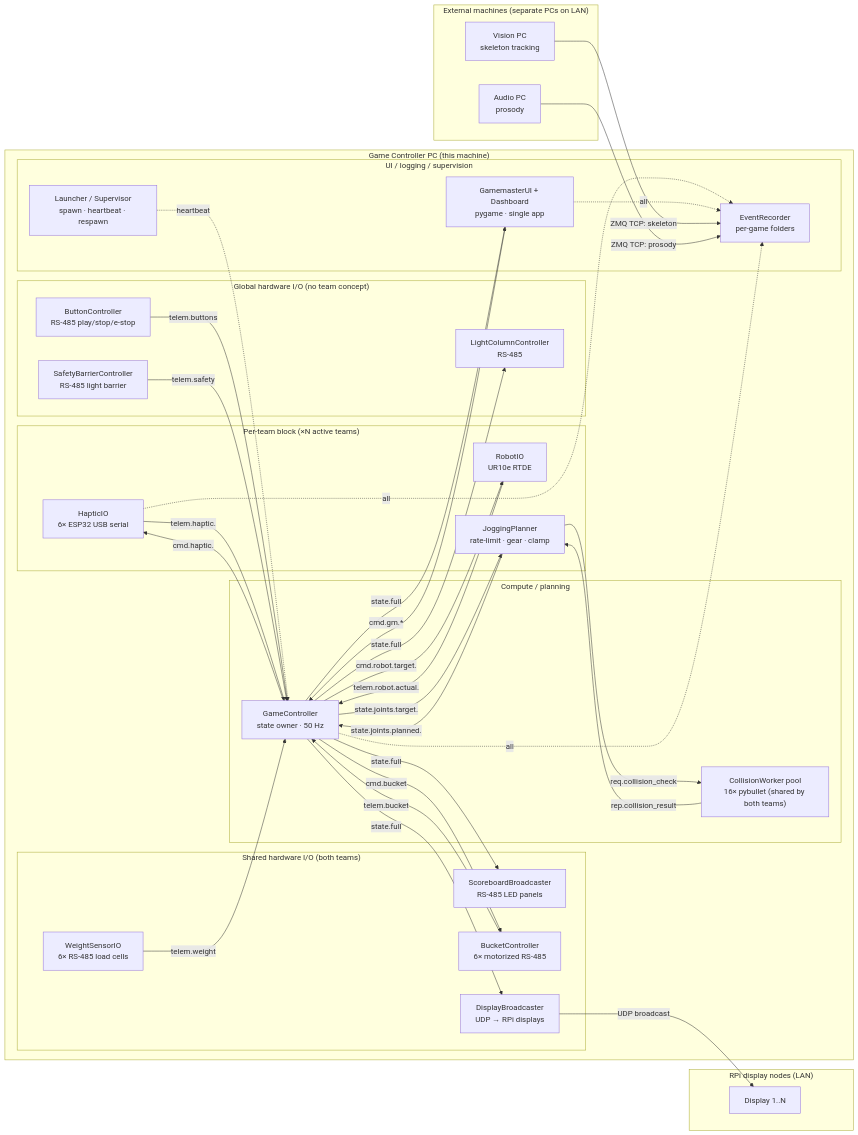
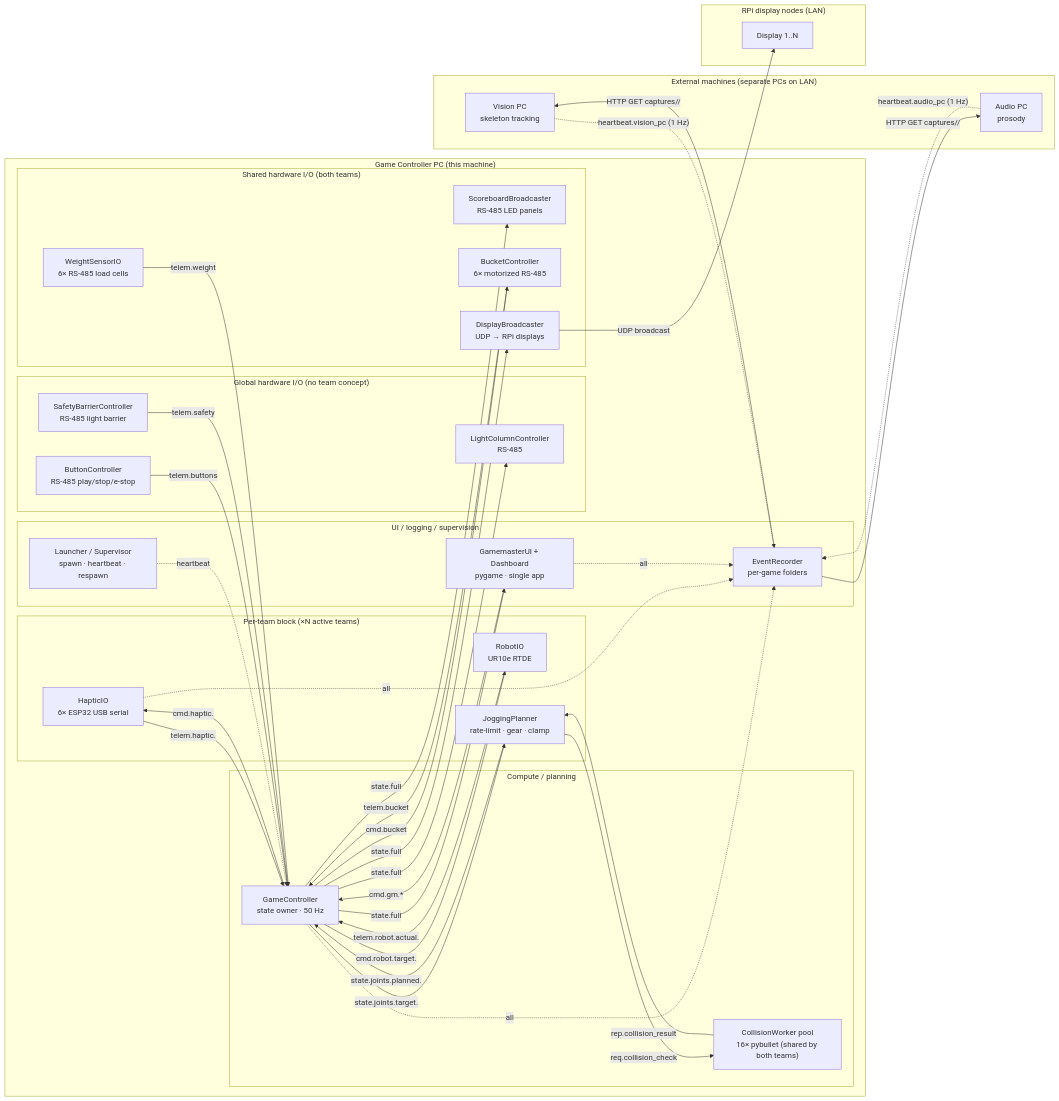
Before and after one commit to yck011522/robot_game_controller: the diagram in docs/architecture/SYSTEM_MAP.md, drawn with Mermaid. The commit also changed other lines of this file and 2 other files, not shown here.

```diff
--- a/docs/architecture/SYSTEM_MAP.md
+++ b/docs/architecture/SYSTEM_MAP.md
@@ -115,9 +115,11 @@
     GC  -. all .-> REC
     UI  -. all .-> REC
 
-    %% external telemetry
-    VIS -- "ZMQ TCP: skeleton" --> REC
-    AUD -- "ZMQ TCP: prosody"  --> REC
+    %% external telemetry: post-game file pull + 1 Hz liveness heartbeat
+    REC -- "HTTP GET captures/<game_id>/" --> VIS
+    REC -- "HTTP GET captures/<game_id>/" --> AUD
+    VIS -. "heartbeat.vision_pc (1 Hz)" .-> REC
+    AUD -. "heartbeat.audio_pc  (1 Hz)" .-> REC
 
     %% supervisor heartbeats (to/from everyone in CTRL_PC)
     SUP -. heartbeat .-> GC
```
